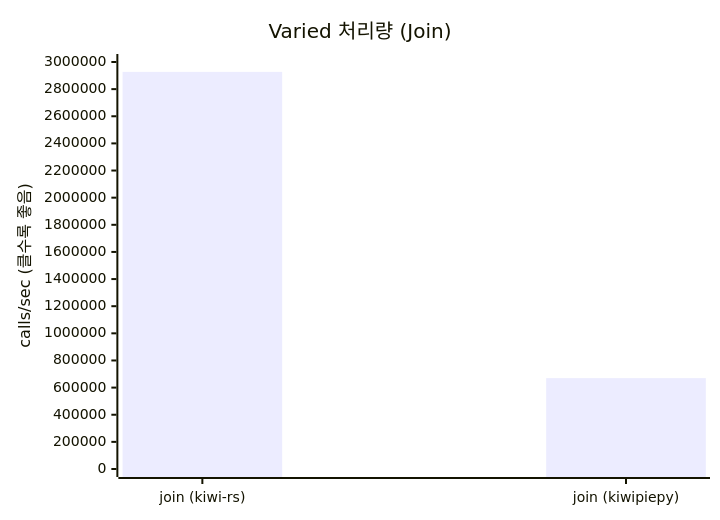
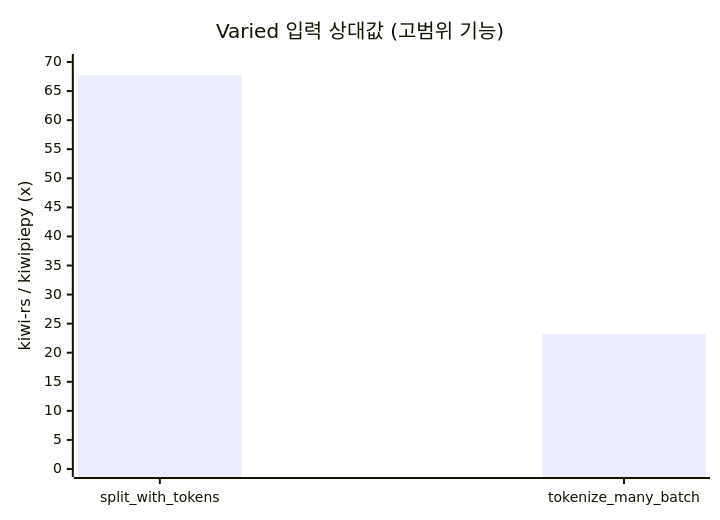
The fourth of 4 diagrams in README.ko.md (JAICHANGPARK/kiwi-rs), drawn with Mermaid before and after one commit. The commit also changed other lines of this file and 14 other files, not shown here.

````diff
--- a/README.ko.md
+++ b/README.ko.md
@@ -393,7 +461,7 @@
 ```mermaid
 xychart-beta
-    title "Varied 처리량 (Join)"
-    x-axis ["join (kiwi-rs)","join (kiwipiepy)"]
-    y-axis "calls/sec (클수록 좋음)" 0 --> 3000000
-    bar [2927258.22,669983.08]
+    title "Varied 입력 상대값 (고범위 기능)"
+    x-axis ["split_with_tokens","tokenize_many_batch"]
+    y-axis "kiwi-rs / kiwipiepy (x)" 0 --> 70
+    bar [67.75,23.18]
 ```
````
